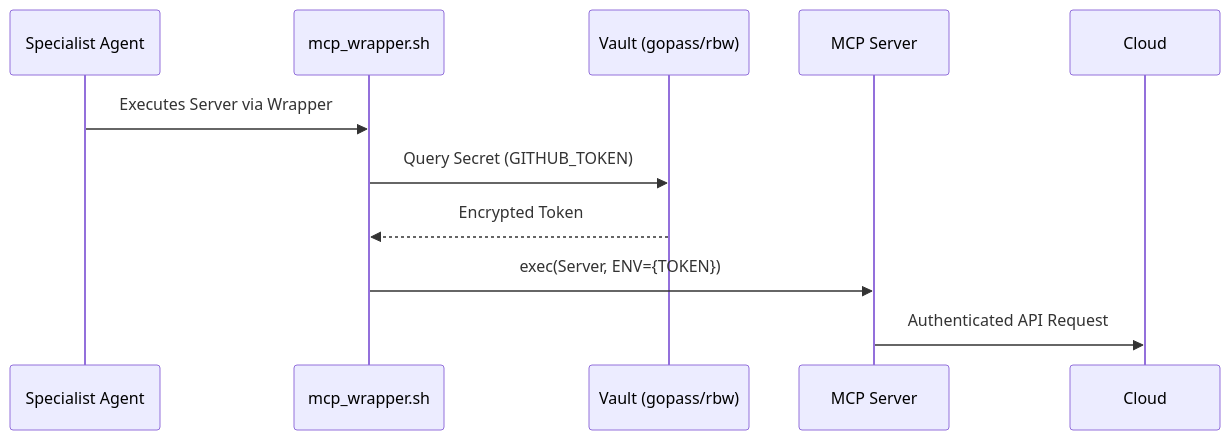
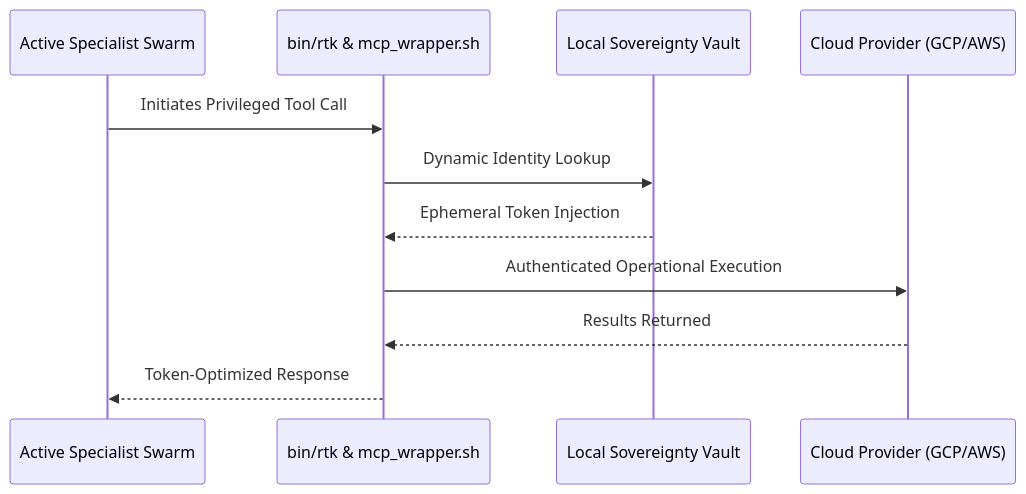
The third of 3 diagrams in docs/repository-architecture.md (rb1whitney/agentic-project-factory), drawn with Mermaid before and after one commit. The commit also changed other lines of this file and 46 other files, not shown here.

Commit message:
feat(infra): elevate factory architecture to executive standards

````diff
--- a/docs/repository-architecture.md
+++ b/docs/repository-architecture.md
@@ -64,13 +65,14 @@
 ```mermaid
 sequenceDiagram
-    participant Agent as Specialist Agent
-    participant Wrapper as mcp_wrapper.sh
-    participant Vault as Vault (gopass/rbw)
-    participant Server as MCP Server
+    participant Agent as Active Specialist Swarm
+    participant Proxy as bin/rtk & mcp_wrapper.sh
+    participant Vault as Local Sovereignty Vault
+    participant Cloud as Cloud Provider (GCP/AWS)
 
-    Agent->>Wrapper: Executes Server via Wrapper
-    Wrapper->>Vault: Query Secret (GITHUB_TOKEN)
-    Vault-->>Wrapper: Encrypted Token
-    Wrapper->>Server: exec(Server, ENV={TOKEN})
-    Server->>Cloud: Authenticated API Request
+    Agent->>Proxy: Initiates Privileged Tool Call
+    Proxy->>Vault: Dynamic Identity Lookup
+    Vault-->>Proxy: Ephemeral Token Injection
+    Proxy->>Cloud: Authenticated Operational Execution
+    Cloud-->>Proxy: Results Returned
+    Proxy-->>Agent: Token-Optimized Response
 ```
````
